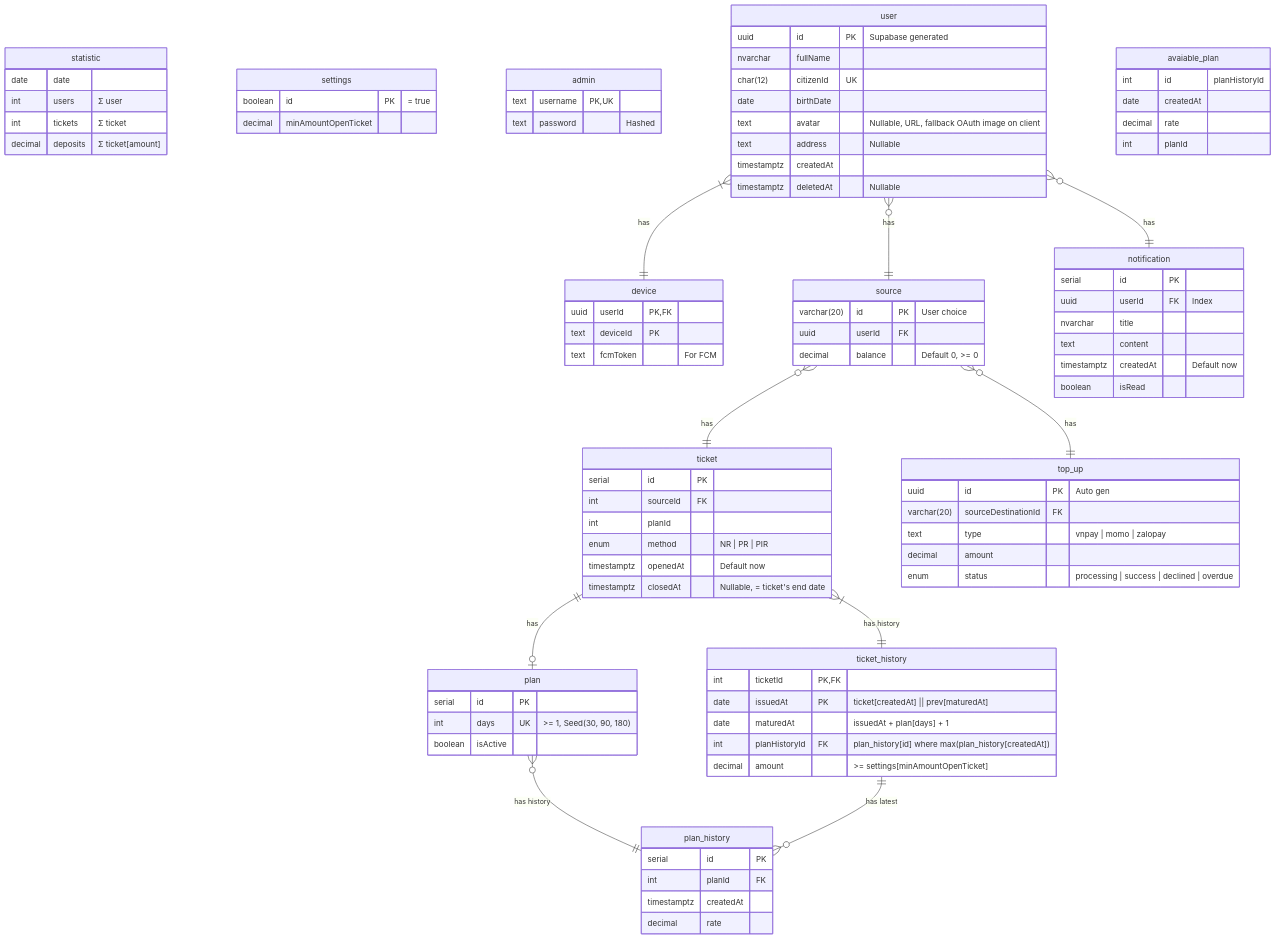
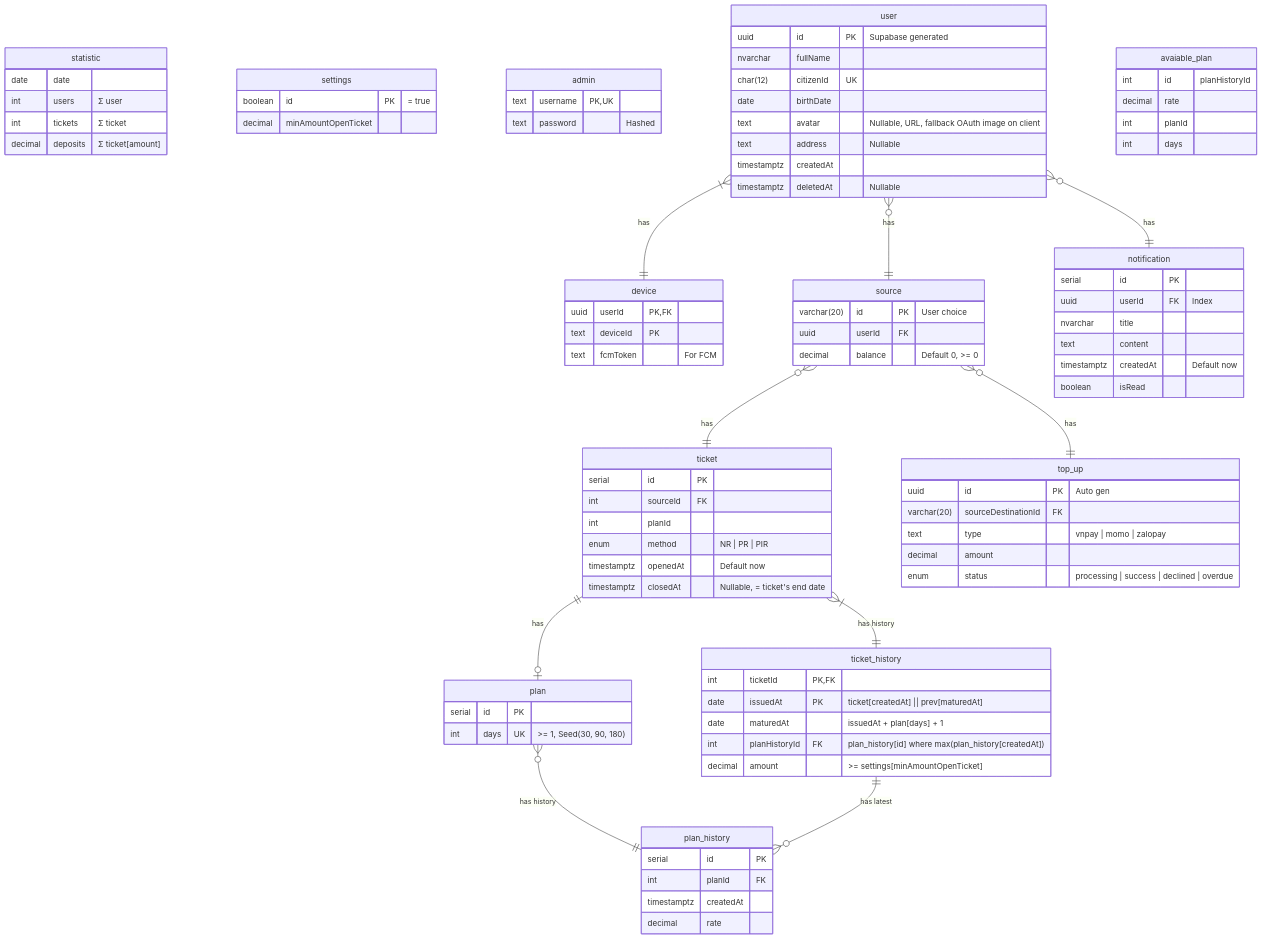
Before and after one commit to coinhub-uit/coinhub-uit.github.io: the diagram in docs/diagrams/database/index.md, drawn with Mermaid. The commit also changed 2 other files, not shown here.

Commit message:
feat(db): no isActive in plan, mv add days

```diff
--- a/docs/diagrams/database/index.md
+++ b/docs/diagrams/database/index.md
@@ -49,7 +49,6 @@
   plan {
     serial id PK
     int days UK ">= 1, Seed(30, 90, 180)"
-    boolean isActive
   }
 
   plan_history {
@@ -87,9 +86,9 @@
 
   avaiable_plan {
     int id "planHistoryId"
-    date createdAt
     decimal rate
     int planId
+    int days
   }
 
   top_up {
```
